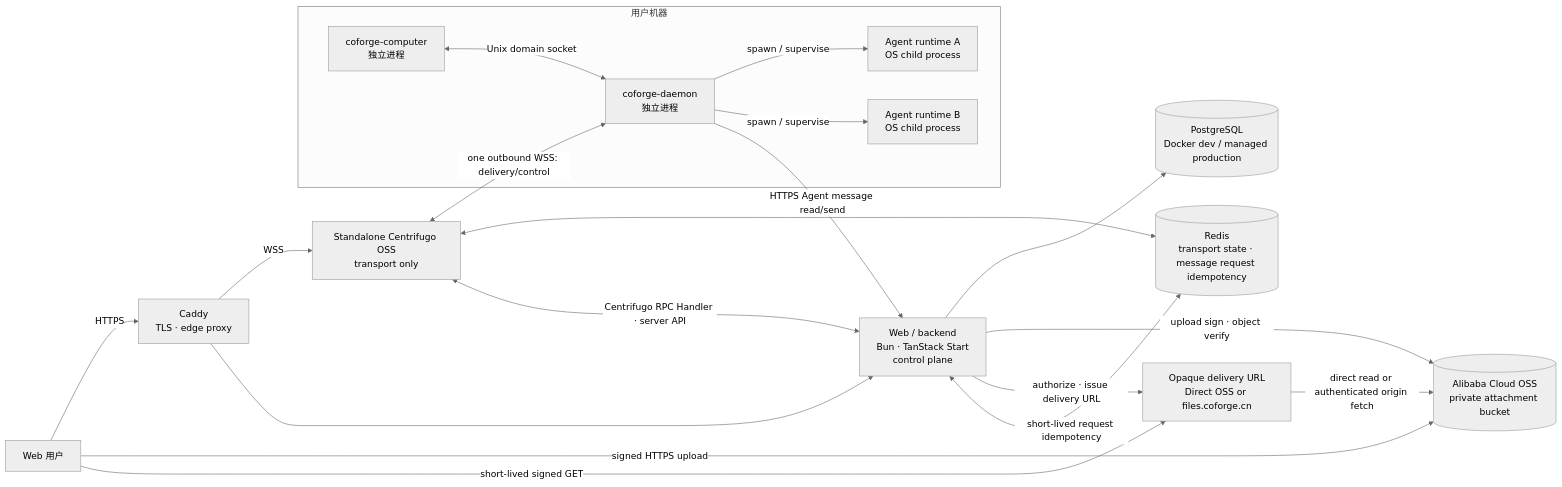
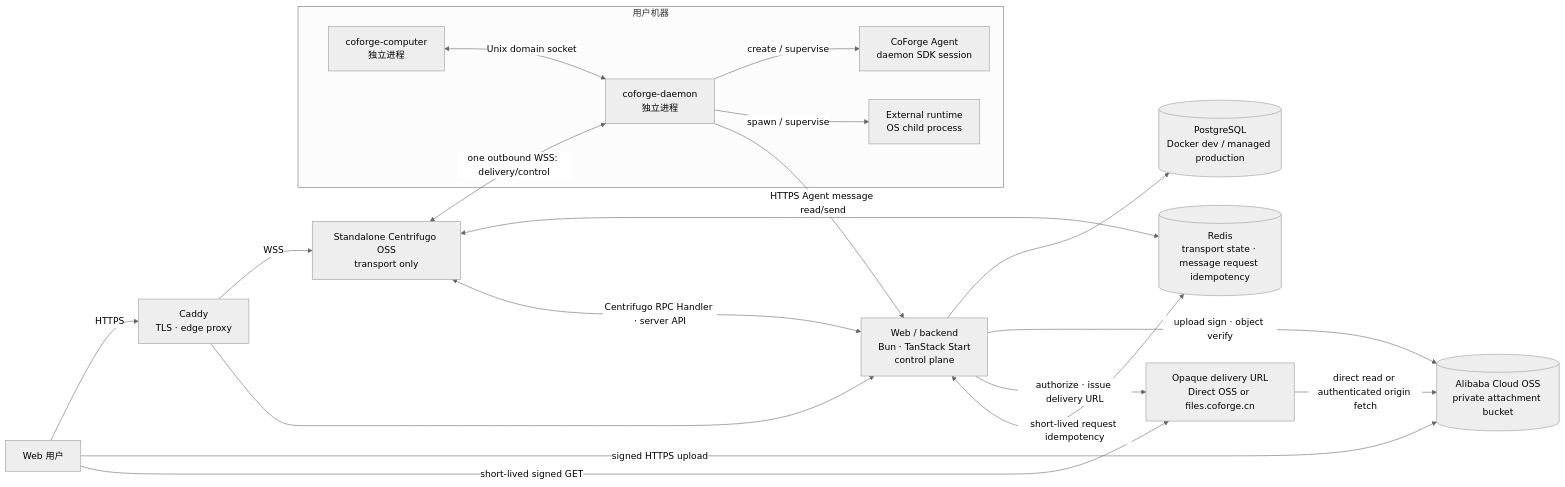
One commit to LRM-Teams/coforge changed the diagram in docs/architecture.md. Above: the diagram before and after it, drawn with Mermaid (neutral theme). The commit also changed other lines of this file and 62 other files, not shown here.

First line of the commit message:
refactor(agent): align built-in and external drivers (#86)

````diff
--- a/docs/architecture.md
+++ b/docs/architecture.md
@@ -25,29 +25,29 @@
 ```mermaid
 flowchart LR
     User[Web 用户] -->|HTTPS| Caddy[Caddy<br/>TLS · edge proxy]
     User -->|signed HTTPS upload| OSS[(Alibaba Cloud OSS<br/>private attachment bucket)]
     User -->|short-lived signed GET| Delivery[Opaque delivery URL<br/>Direct OSS or files.coforge.cn]
     Caddy -->|WSS| Realtime[Standalone Centrifugo OSS<br/>transport only]
     Caddy --> Web[Web / backend<br/>Bun · TanStack Start<br/>control plane]
     Web --> DB[(PostgreSQL<br/>Docker dev / managed production)]
     Web -->|upload sign · object verify| OSS
     Web -->|authorize · issue delivery URL| Delivery
     Delivery -->|direct read or authenticated origin fetch| OSS
     Web <-->|Centrifugo RPC Handler · server API| Realtime
     Realtime <--> Redis[(Redis<br/>transport state · message request idempotency)]
     Web <-->|short-lived request idempotency| Redis
 
     subgraph Host[用户机器]
         Computer[coforge-computer<br/>独立进程]
         Daemon[coforge-daemon<br/>独立进程]
-        Agent1[Agent runtime A<br/>OS child process]
-        Agent2[Agent runtime B<br/>OS child process]
+        Agent1[CoForge Agent<br/>daemon SDK session]
+        Agent2[External runtime<br/>OS child process]
 
         Computer <-->|Unix domain socket| Daemon
-        Daemon -->|spawn / supervise| Agent1
+        Daemon -->|create / supervise| Agent1
         Daemon -->|spawn / supervise| Agent2
     end
 
     Realtime <-->|one outbound WSS: delivery/control| Daemon
     Daemon -->|HTTPS Agent message read/send| Web
 ```
````
